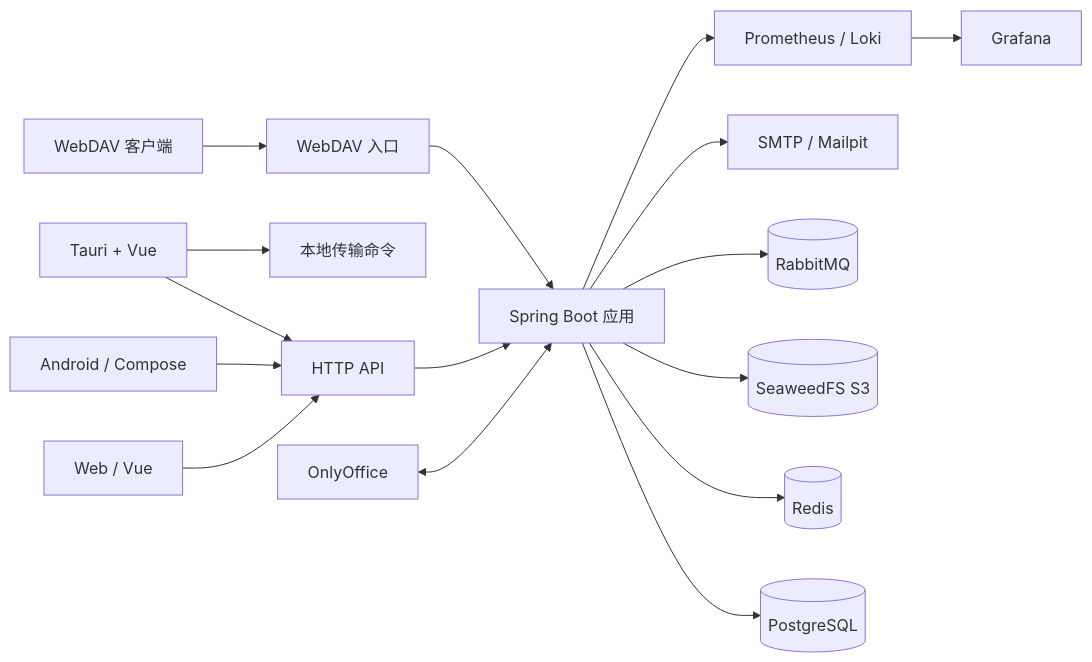
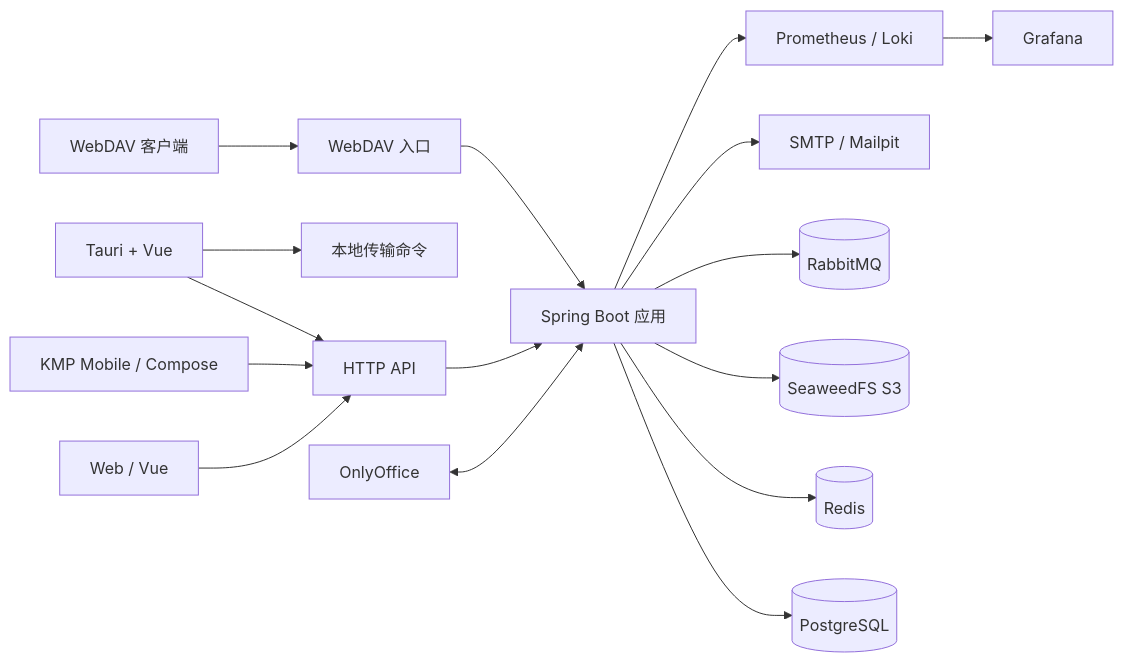
Before and after one commit to yoru-satono/betterCloudDrive: the diagram in docs/architecture/OVERVIEW.md, drawn with Mermaid. The commit also changed other lines of this file and 27 other files, not shown here.

Commit message:
docs: consolidate KMP mobile documentation

````diff
--- a/docs/architecture/OVERVIEW.md
+++ b/docs/architecture/OVERVIEW.md
@@ -9,18 +9,18 @@
 ```mermaid
 flowchart LR
     Web[Web / Vue] --> HTTP[HTTP API]
     Desktop[Tauri + Vue] --> HTTP
     Desktop --> Native[本地传输命令]
-    Android[Android / Compose] --> HTTP
+    Mobile[KMP Mobile / Compose] --> HTTP
     WebDAV[WebDAV 客户端] --> DAV[WebDAV 入口]
     HTTP --> App[Spring Boot 应用]
     DAV --> App
     App --> PG[(PostgreSQL)]
     App --> Redis[(Redis)]
     App --> S3[(SeaweedFS S3)]
     App --> MQ[(RabbitMQ)]
     App --> Mail[SMTP / Mailpit]
     Office[OnlyOffice] <--> App
     App --> Metrics[Prometheus / Loki]
     Metrics --> Grafana[Grafana]
 ```
````
